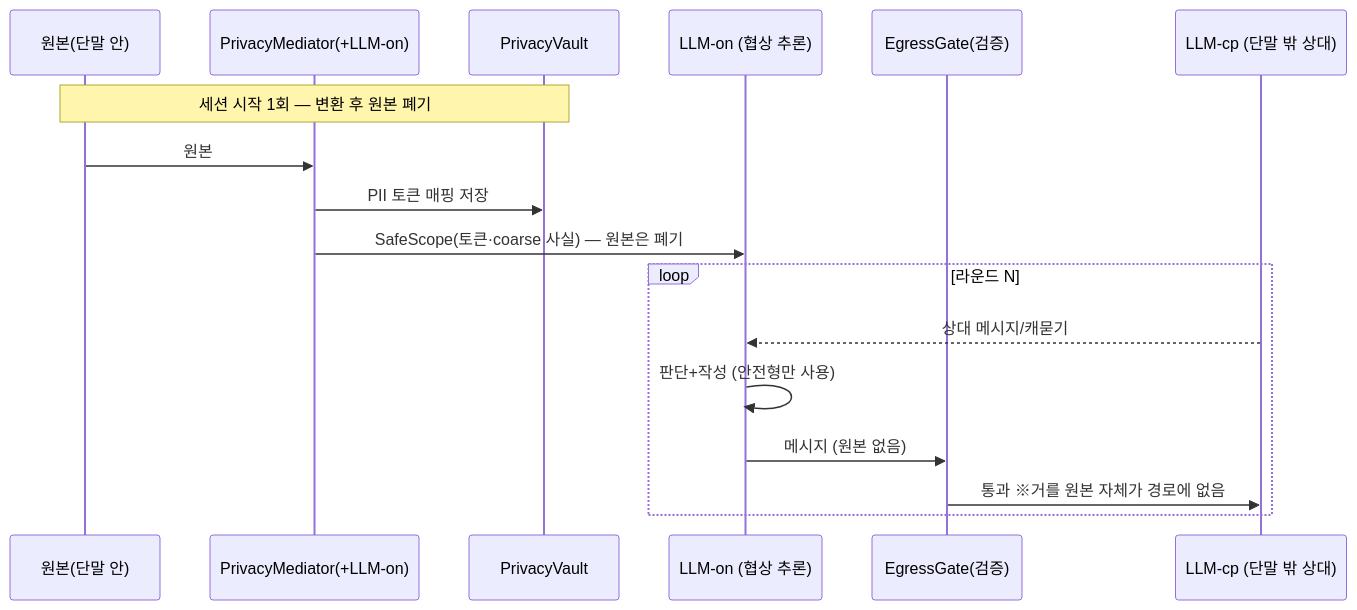
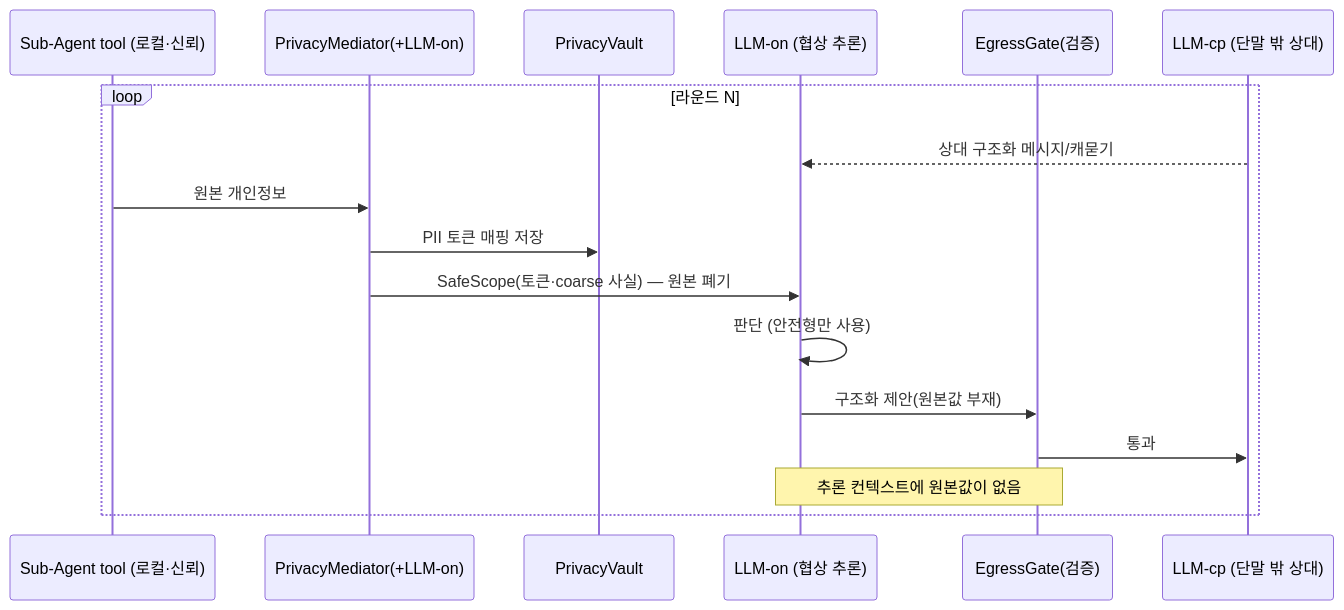
The second of 2 diagrams in poc/dp02-privacy/AGENTS.md (Sunwoo-Nam/architect-teamproject), drawn with Mermaid before and after one commit. The commit also changed other lines of this file and 2 other files, not shown here.

````diff
--- a/poc/dp02-privacy/AGENTS.md
+++ b/poc/dp02-privacy/AGENTS.md
@@ -79,19 +83,19 @@
 ```mermaid
 sequenceDiagram
-  participant RAW as 원본(단말 안)
+  participant TOOL as Sub-Agent tool (로컬·신뢰)
   participant PM as PrivacyMediator(+LLM-on)
   participant V as PrivacyVault
   participant ON as LLM-on (협상 추론)
   participant GATE as EgressGate(검증)
   participant CP as LLM-cp (단말 밖 상대)
-  Note over RAW,V: 세션 시작 1회 — 변환 후 원본 폐기
-  RAW->>PM: 원본
-  PM->>V: PII 토큰 매핑 저장
-  PM->>ON: SafeScope(토큰·coarse 사실) — 원본은 폐기
   loop 라운드 N
-    CP-->>ON: 상대 메시지/캐묻기
-    ON->>ON: 판단+작성 (안전형만 사용)
-    ON->>GATE: 메시지 (원본 없음)
-    GATE->>CP: 통과  ※거를 원본 자체가 경로에 없음
+    CP-->>ON: 상대 구조화 메시지/캐묻기
+    TOOL->>PM: 원본 개인정보
+    PM->>V: PII 토큰 매핑 저장
+    PM->>ON: SafeScope(토큰·coarse 사실) — 원본 폐기
+    ON->>ON: 판단 (안전형만 사용)
+    ON->>GATE: 구조화 제안(원본값 부재)
+    GATE->>CP: 통과
+    Note over ON,GATE: 추론 컨텍스트에 원본값이 없음
   end
 ```
````
